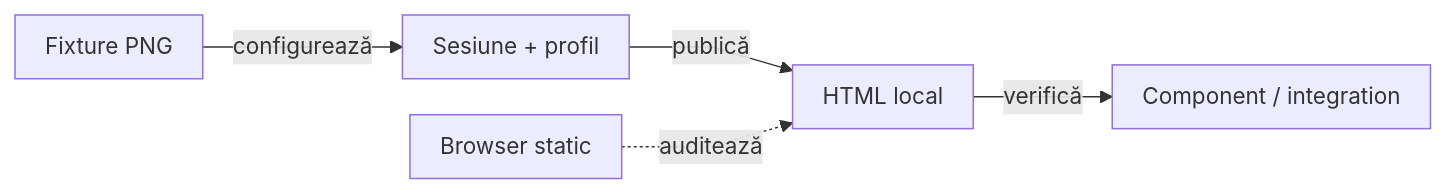
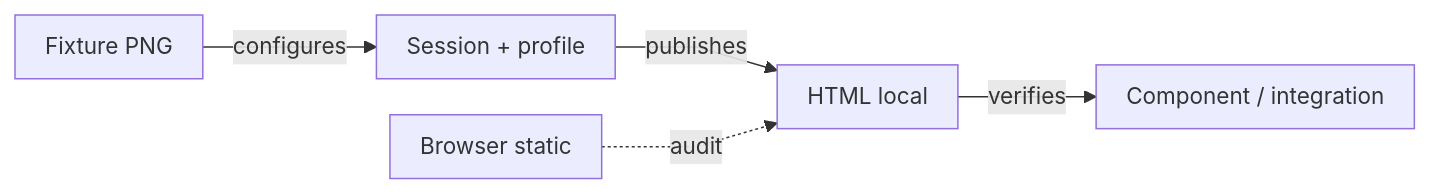
The third of 4 diagrams in atf-reporting-tests/README.md (crististefanita/atf_j0), drawn with Mermaid before and after one commit. The commit also changed other lines of this file and 113 other files, not shown here.

````diff
--- a/atf-reporting-tests/README.md
+++ b/atf-reporting-tests/README.md
@@ -611,8 +509,8 @@
 ```mermaid
 %%{init: {"themeVariables":{"fontSize":"15px"},"themeCSS":".nodeLabel, .nodeLabel p { font-size: 15px !important; line-height: 1.35 !important; } .edgeLabel, .edgeLabel p { font-size: 12px !important; font-weight: 400 !important; line-height: 1.2 !important; } .edgeLabel .labelBkg, .edgeLabel p { background: transparent !important; } .edgeLabel foreignObject { transform: translateY(-10px); overflow: visible; } .node rect { rx: 6px; ry: 6px; }","flowchart":{"curve":"linear","nodeSpacing":24,"rankSpacing":40,"padding":10}}}%%
 flowchart LR
-    Fixture["Fixture PNG"] -->|configurează| Session["Sesiune + profil"]
-    Session -->|publică| Html[HTML local]
-    Html -->|verifică| Contract["Component / integration"]
-    Browser["Browser static"] -. auditează .-> Html
+    Fixture["Fixture PNG"] -->|configures| Session["Session + profile"]
+    Session -->|publishes| Html[HTML local]
+    Html -->|verifies| Contract["Component / integration"]
+    Browser["Browser static"] -. audit .-> Html
 ```
````
